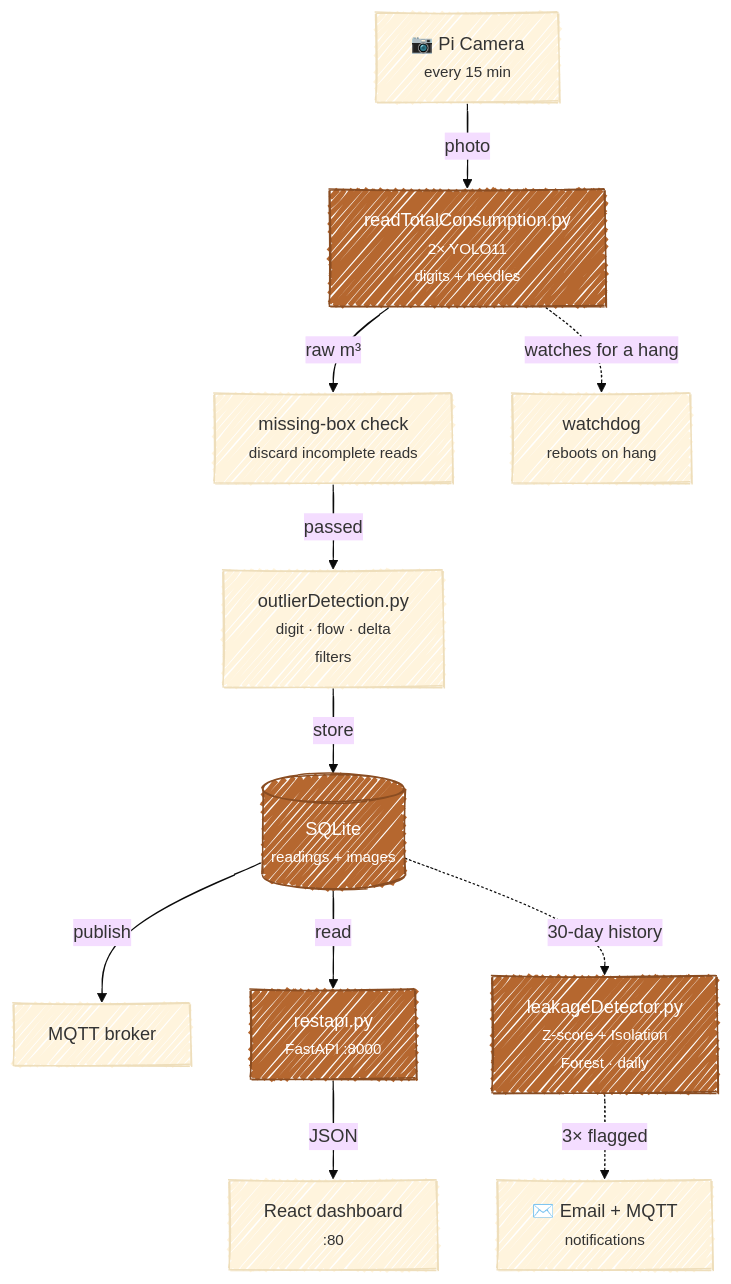
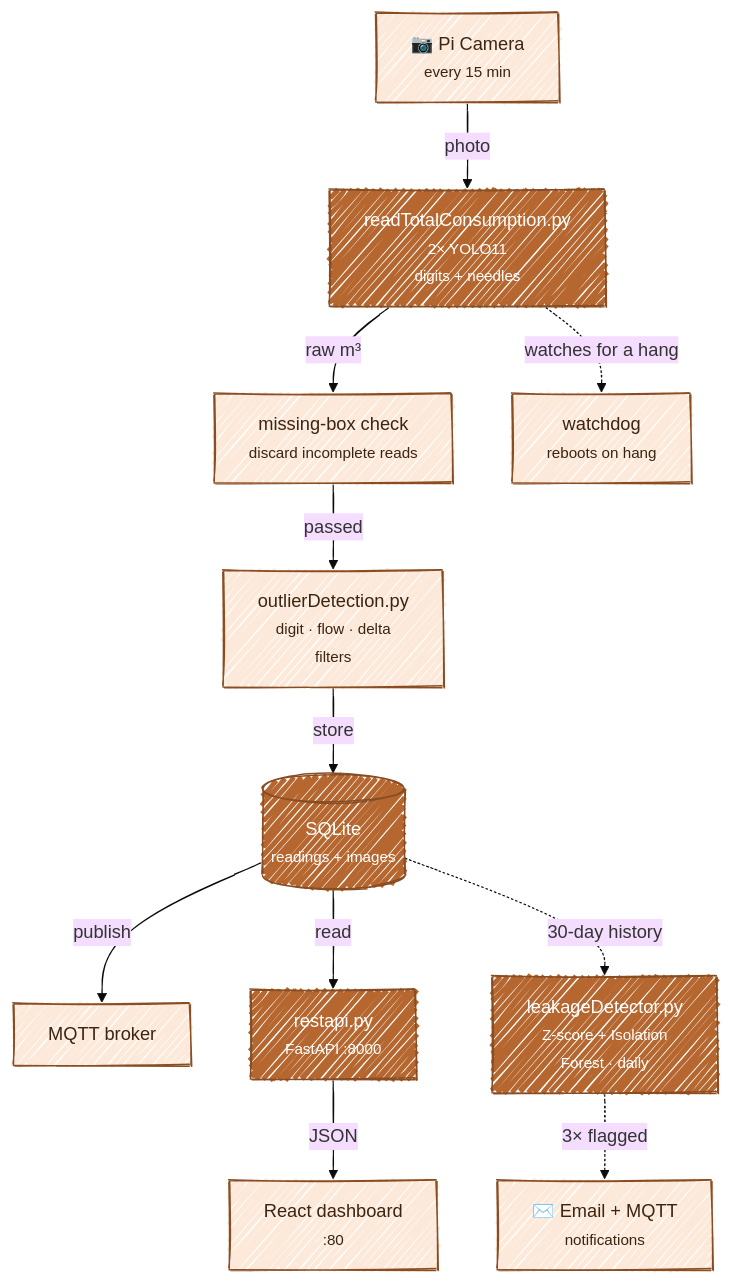
The diagram in README.md (twartzek/watermeter), drawn with Mermaid before and after one commit. The commit also changed 2 other files, not shown here.

Commit message:
fix: images and mermaid update

````diff
--- a/README.md
+++ b/README.md
@@ -41,31 +41,32 @@
 ```mermaid
 %%{init: {"look": "handDrawn", "theme": "base"}}%%
 flowchart TB
     cam["📷 Pi Camera<br/><small>every 15 min</small>"]
     read["readTotalConsumption.py<br/><small>2× YOLO11<br/>digits + needles</small>"]
     presence["missing-box check<br/><small>discard incomplete reads</small>"]
     filt["outlierDetection.py<br/><small>digit · flow · delta<br/>filters</small>"]
     db[("SQLite<br/><small>readings + images</small>")]
     mqtt["MQTT broker"]
     api["restapi.py<br/><small>FastAPI :8000</small>"]
     dash["React dashboard<br/><small>:80</small>"]
     leak["leakageDetector.py<br/><small>Z-score + Isolation<br/>Forest · daily</small>"]
     warn["✉️ Email + MQTT<br/><small>notifications</small>"]
     wdog["watchdog<br/><small>reboots on hang</small>"]
 
     cam -->|photo| read
     read -->|raw m³| presence
     presence -->|passed| filt
     filt -->|store| db
     db -->|publish| mqtt
     db -->|read| api
     api -->|JSON| dash
     db -.->|30-day history| leak
     leak -.->|3× flagged| warn
     read -.->|watches for a hang| wdog
 
+    classDef default fill:#fde9d9,color:#3b2412,stroke:#8a4d22
     style read fill:#b5672f,color:#fff,stroke:#8a4d22
     style db fill:#b5672f,color:#fff,stroke:#8a4d22
     style api fill:#b5672f,color:#fff,stroke:#8a4d22
     style leak fill:#b5672f,color:#fff,stroke:#8a4d22
 ```
````
